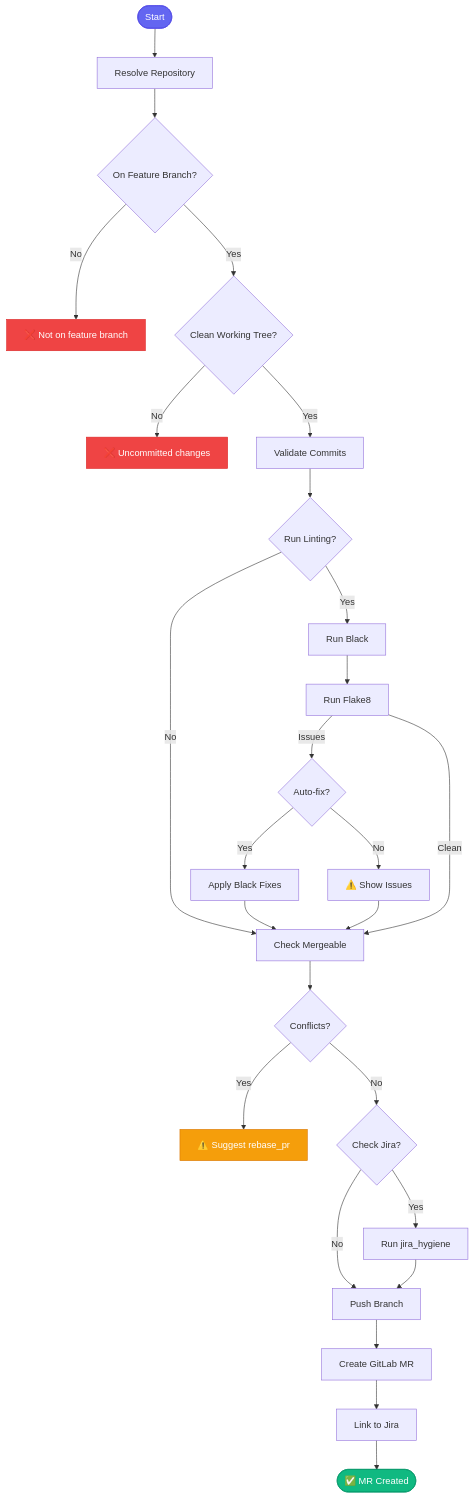
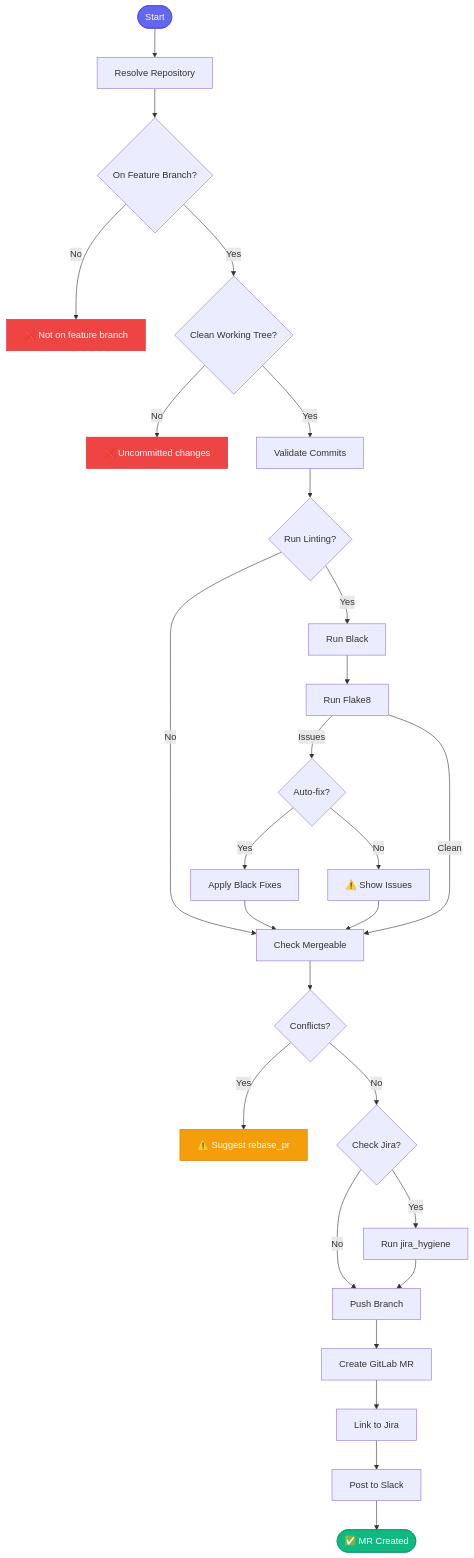
The diagram in docs/skills/create_mr.md (dmzoneill/redhat-ai-workflow), drawn with Mermaid before and after one commit. The commit also changed other lines of this file and 6 other files, not shown here.

````diff
--- a/docs/skills/create_mr.md
+++ b/docs/skills/create_mr.md
@@ -36,41 +36,42 @@
 ```mermaid
 flowchart TD
     START([Start]) --> RESOLVE[Resolve Repository]
     RESOLVE --> BRANCH{On Feature Branch?}
     
     BRANCH -->|No| ERROR1[❌ Not on feature branch]
     BRANCH -->|Yes| CLEAN{Clean Working Tree?}
     
     CLEAN -->|No| ERROR2[❌ Uncommitted changes]
     CLEAN -->|Yes| VALIDATE[Validate Commits]
     
     VALIDATE --> LINT{Run Linting?}
     LINT -->|Yes| BLACK[Run Black]
     LINT -->|No| MERGE_CHECK
     
     BLACK --> FLAKE8[Run Flake8]
     FLAKE8 -->|Issues| AUTOFIX{Auto-fix?}
     AUTOFIX -->|Yes| FIX[Apply Black Fixes]
     AUTOFIX -->|No| WARN[⚠️ Show Issues]
     FIX --> MERGE_CHECK
     WARN --> MERGE_CHECK
     FLAKE8 -->|Clean| MERGE_CHECK
     
     MERGE_CHECK[Check Mergeable] --> CONFLICT{Conflicts?}
     CONFLICT -->|Yes| REBASE[⚠️ Suggest rebase_pr]
     CONFLICT -->|No| JIRA_CHECK{Check Jira?}
     
     JIRA_CHECK -->|Yes| HYGIENE[Run jira_hygiene]
     JIRA_CHECK -->|No| PUSH
     HYGIENE --> PUSH
     
     PUSH[Push Branch] --> CREATE[Create GitLab MR]
     CREATE --> LINK[Link to Jira]
-    LINK --> DONE([✅ MR Created])
+    LINK --> SLACK[Post to Slack]
+    SLACK --> DONE([✅ MR Created])
     
     style START fill:#6366f1,stroke:#4f46e5,color:#fff
     style DONE fill:#10b981,stroke:#059669,color:#fff
     style ERROR1 fill:#ef4444,stroke:#dc2626,color:#fff
     style ERROR2 fill:#ef4444,stroke:#dc2626,color:#fff
     style REBASE fill:#f59e0b,stroke:#d97706,color:#fff
 ```
````
